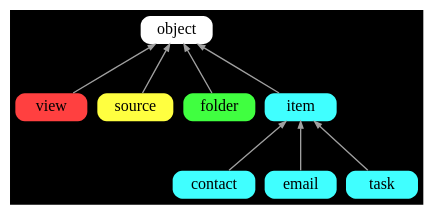
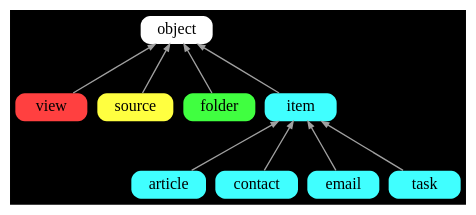
The diagram in inherit.gv (neomutt/test-arch), drawn with Graphviz before and after one commit. The commit also changed 8 other files, not shown here.

```diff
--- a/inherit.gv
+++ b/inherit.gv
@@ -1,46 +1,48 @@
 digraph inherit {
 	graph [
 		rankdir="BT"
 		bgcolor="black"
 		color="white"
 		nodesep="0.1"
 		ranksep="0.5"
 	];
 
 	node [
 		shape="Mrecord"
 		fontsize="12"
 		style="filled"
 		height="0.2"
 		penwidth="0.0"
 	];
 
 	edge [
 		penwidth="1.0"
 		color="#A0A0A0"
 		arrowsize="0.5"
 	];
 
 
 	object  [ fillcolor="#ffffff" ];
 	view    [ fillcolor="#ff4040" ];
 	source  [ fillcolor="#ffff40" ];
 	folder  [ fillcolor="#40ff40" ];
 	item    [ fillcolor="#40ffff" ];
+	article [ fillcolor="#40ffff" ];
 	contact [ fillcolor="#40ffff" ];
 	email   [ fillcolor="#40ffff" ];
 	task    [ fillcolor="#40ffff" ];
 
 	// config;
 	// panel;
 	// plugin;
 
 	view    -> object;
 	source  -> object;
 	folder  -> object;
 	item    -> object;
+	article -> item;
 	contact -> item;
 	email   -> item;
 	task    -> item;
 
 }
```
